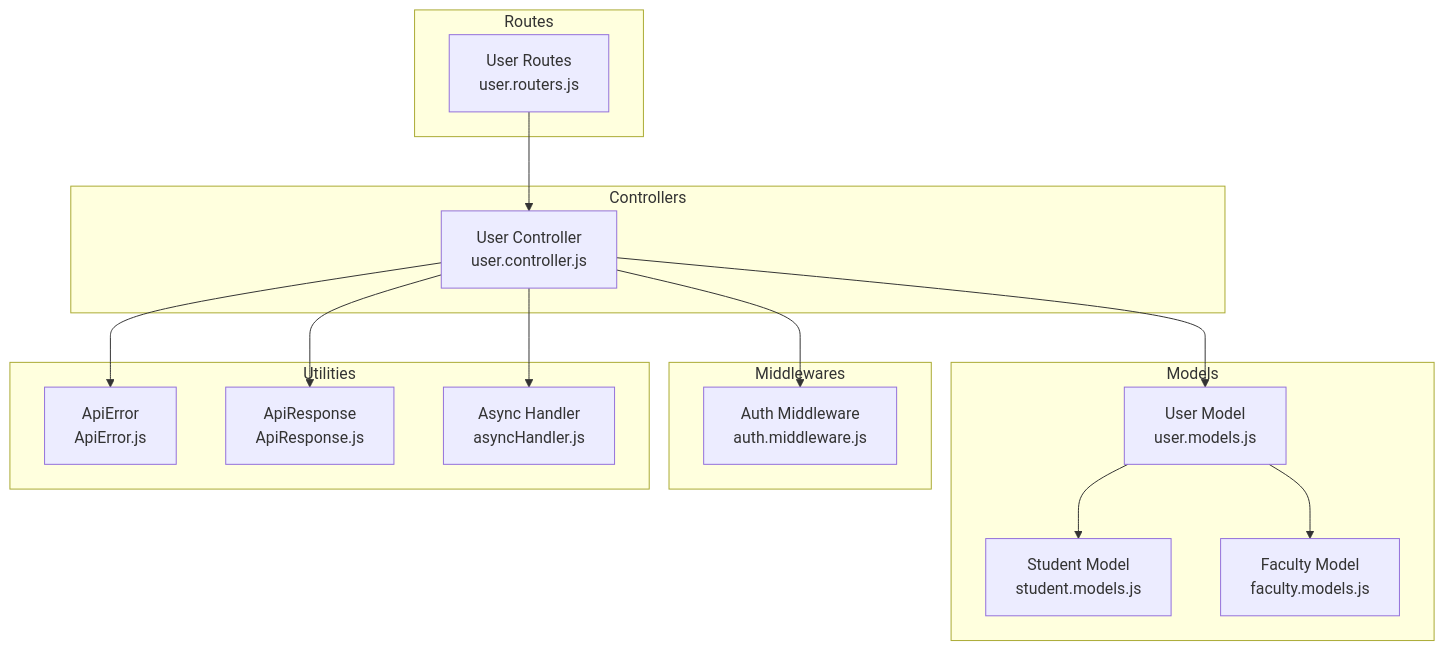
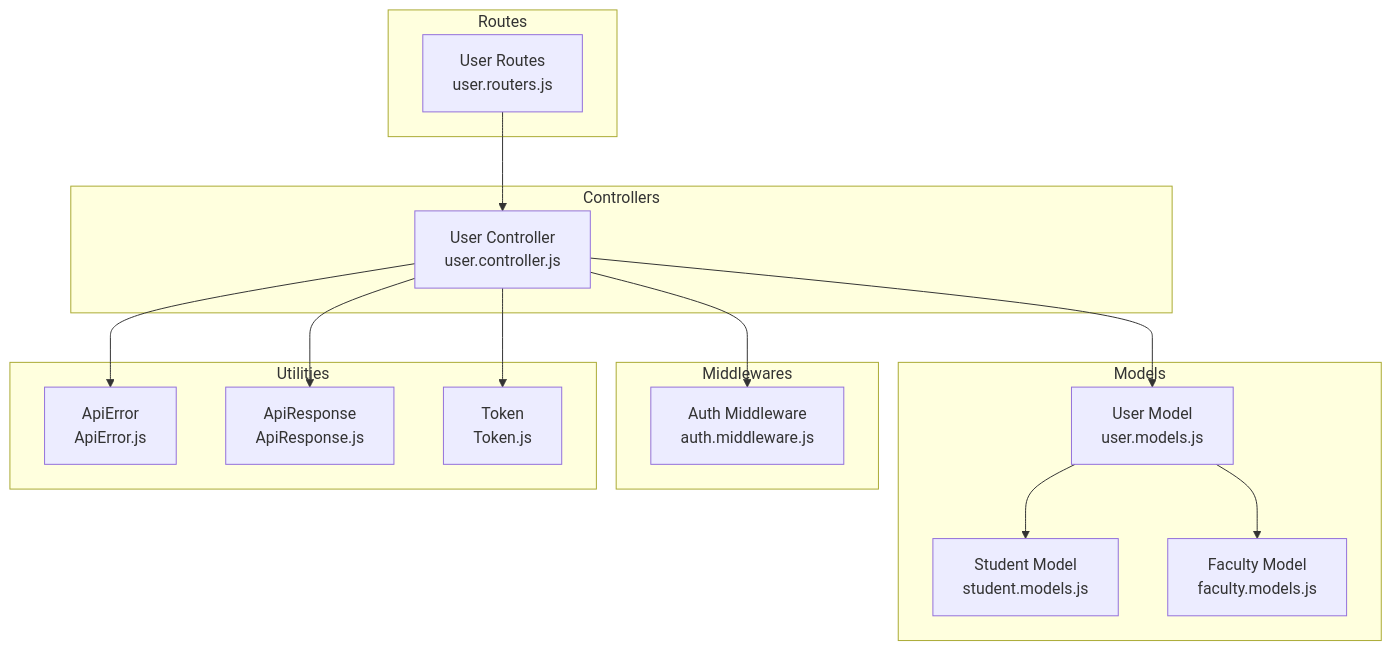
The first of 9 diagrams in .qoder/repowiki/en/content/Data Models & Database Schema/Core User Model.md (Aryan9060/Timetable-Project), drawn with Mermaid before and after one commit. The commit also changed other lines of this file and 6 other files, not shown here.

````diff
--- a/.qoder/repowiki/en/content/Data Models & Database Schema/Core User Model.md
+++ b/.qoder/repowiki/en/content/Data Models & Database Schema/Core User Model.md
@@ -42,30 +42,30 @@
 ```mermaid
 graph TB
 subgraph "Models"
 UM["User Model<br/>user.models.js"]
 SM["Student Model<br/>student.models.js"]
 FM["Faculty Model<br/>faculty.models.js"]
 end
 subgraph "Controllers"
 UC["User Controller<br/>user.controller.js"]
 end
 subgraph "Routes"
 UR["User Routes<br/>user.routers.js"]
 end
 subgraph "Middlewares"
 AM["Auth Middleware<br/>auth.middleware.js"]
 end
 subgraph "Utilities"
 AE["ApiError<br/>ApiError.js"]
 AR["ApiResponse<br/>ApiResponse.js"]
-AH["Async Handler<br/>asyncHandler.js"]
+TK["Token<br/>Token.js"]
 end
 UR --> UC
 UC --> UM
 UM --> SM
 UM --> FM
 UC --> AM
 UC --> AE
 UC --> AR
-UC --> AH
+UC --> TK
 ```
````
